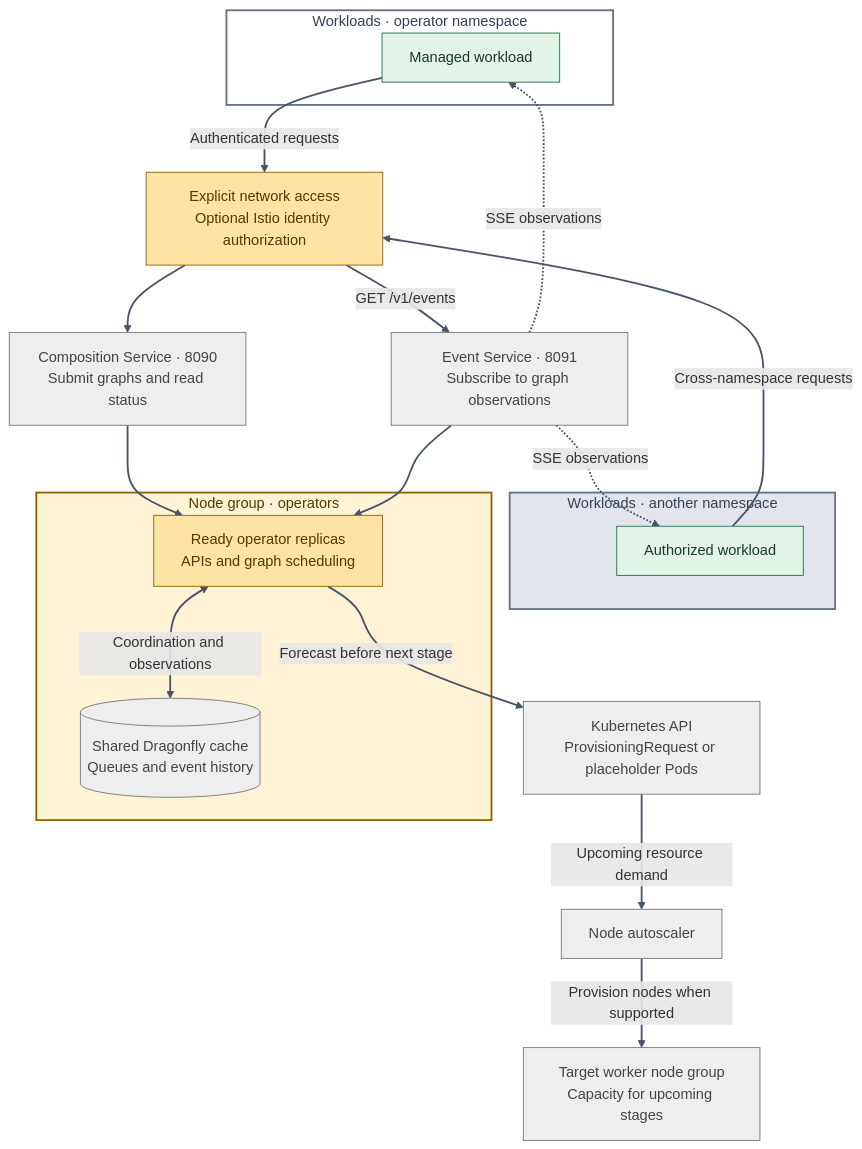
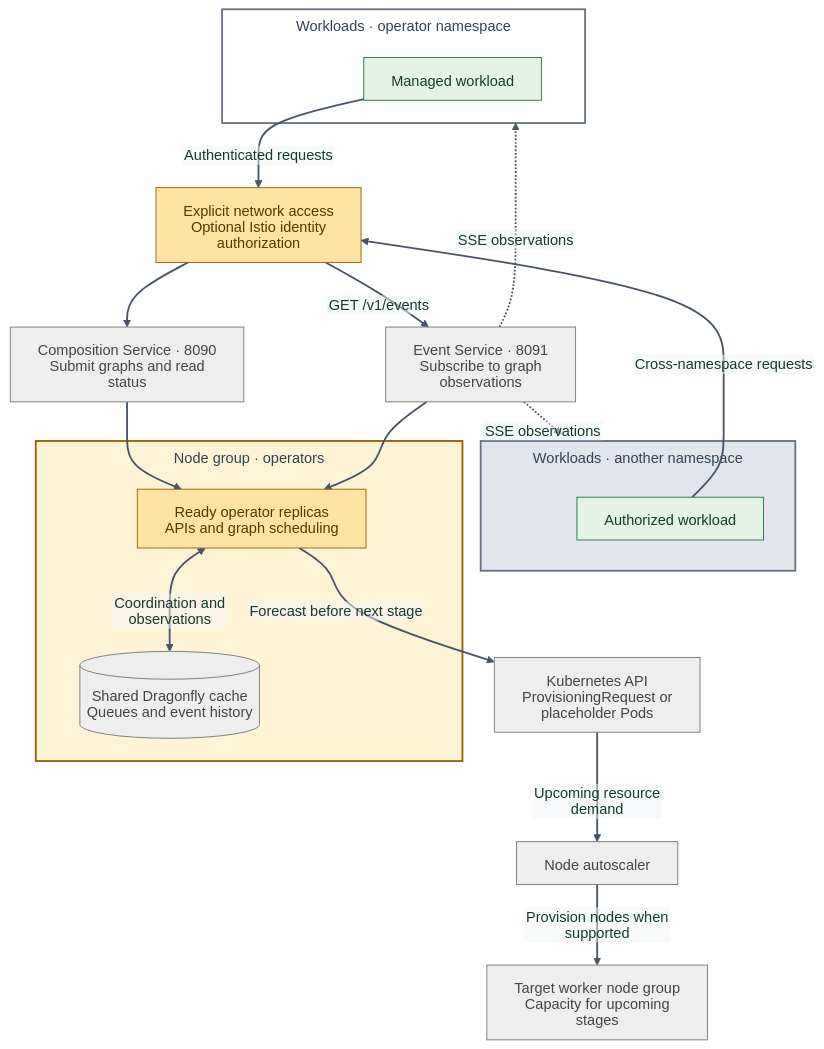
Before and after one commit to astrivant/polyad: the sixth of 8 diagrams in README.md, drawn with Mermaid. The commit also changed other lines of this file and 1 other file, not shown here.

Commit message:
Fix diagrams

````diff
--- a/README.md
+++ b/README.md
@@ -285,41 +400,59 @@
 ```mermaid
+---
+config:
+  theme: base
+  htmlLabels: false
+  themeVariables:
+    primaryTextColor: "#163b29"
+    secondaryTextColor: "#513900"
+    tertiaryTextColor: "#344054"
+    clusterBkg: "#f2f4f7"
+    clusterBorder: "#667085"
+    titleColor: "#344054"
+    edgeLabelBackground: "#f2f4f7"
+    lineColor: "#667085"
+  flowchart:
+    subGraphTitleMargin:
+      top: 8
+      bottom: 20
+---
 flowchart TB
     subgraph local["Workloads · operator namespace"]
         caller["Managed workload"]
     end
     subgraph remote["Workloads · another namespace"]
         subscriber["Authorized workload"]
     end
     access["Explicit network access<br/>Optional Istio identity authorization"]
     composition["Composition Service · 8090<br/>Submit graphs and read status"]
     events["Event Service · 8091<br/>Subscribe to graph observations"]
     subgraph control["Node group · operators"]
         operator["Ready operator replicas<br/>APIs and graph scheduling"]
         cache[("Shared Dragonfly cache<br/>Queues and event history")]
     end
     demand["Kubernetes API<br/>ProvisioningRequest or placeholder Pods"]
     autoscaler["Node autoscaler"]
     machines["Target worker node group<br/>Capacity for upcoming stages"]
     caller -->|"Authenticated requests"| access
     subscriber -->|"Cross-namespace requests"| access
     access --> composition
     access -->|"GET /v1/events"| events
     composition --> operator
     events --> operator
     operator <-->|"Coordination and observations"| cache
-    events -. "SSE observations" .-> caller
-    events -. "SSE observations" .-> subscriber
+    events -. "SSE observations" .-> local
+    events -. "SSE observations" .-> remote
     operator -->|"Forecast before next stage"| demand
     demand -->|"Upcoming resource demand"| autoscaler
     autoscaler -->|"Provision nodes when supported"| machines
     classDef execution fill:#e3f3e8,stroke:#247047,color:#163b29
     classDef constraint fill:#ffe3a3,stroke:#926000,color:#513900
     classDef resource fill:#eeeeee,stroke:#777777,color:#444444
     class caller,subscriber execution
     class operator,access constraint
     class composition,events,cache,demand,autoscaler,machines resource
     style local fill:#ffffff,stroke:#667085,stroke-width:2px,color:#344054
     style remote fill:#e2e6ec,stroke:#667085,stroke-width:2px,color:#344054
     style control fill:#fff3d6,stroke:#926000,stroke-width:2px,color:#513900
     linkStyle default stroke:#475467,stroke-width:2px
 ```
````
